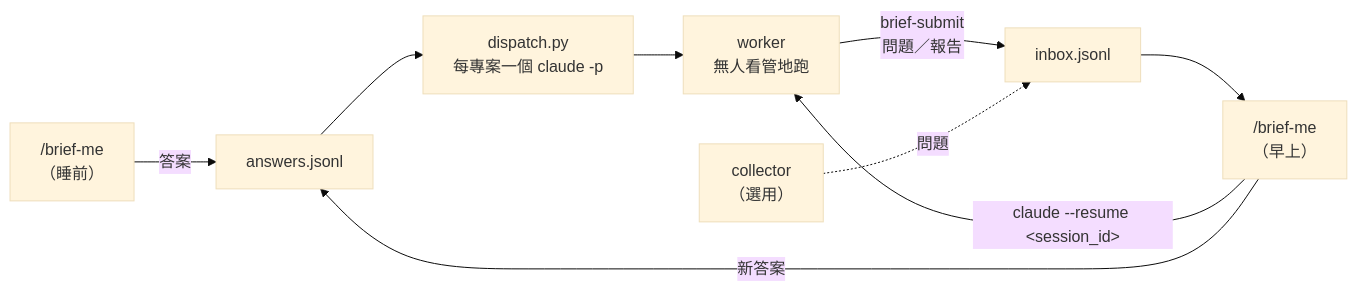
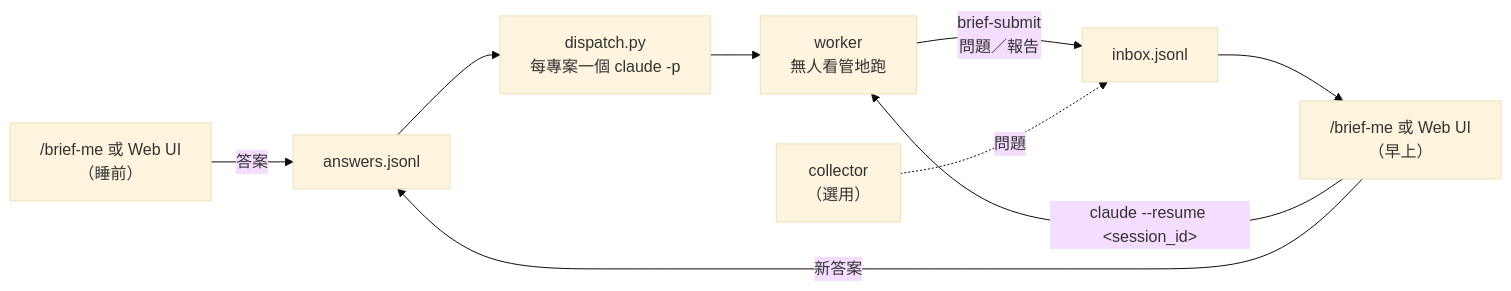
The diagram in README.zh-TW.md (RyanLeeYi/agent-brief-me), drawn with Mermaid (base theme) before and after one commit. The commit also changed other lines of this file and 1 other file, not shown here.

Commit message:
docs(F10): Web UI section, decision table, mermaid nodes in both READMEs

````diff
--- a/README.zh-TW.md
+++ b/README.zh-TW.md
@@ -54,11 +55,11 @@
 ```mermaid
 flowchart LR
-    A["/brief-me<br/>（睡前）"] -->|答案| B[answers.jsonl]
+    A["/brief-me 或 Web UI<br/>（睡前）"] -->|答案| B[answers.jsonl]
     B --> C["dispatch.py<br/>每專案一個 claude -p"]
     C --> D["worker<br/>無人看管地跑"]
     D -->|"brief-submit<br/>問題／報告"| E[inbox.jsonl]
-    E --> F["/brief-me<br/>（早上）"]
+    E --> F["/brief-me 或 Web UI<br/>（早上）"]
     F -->|"claude --resume &lt;session_id&gt;"| D
     F -->|新答案| B
     G["collector<br/>（選用）"] -.->|問題| E
 ```
````
